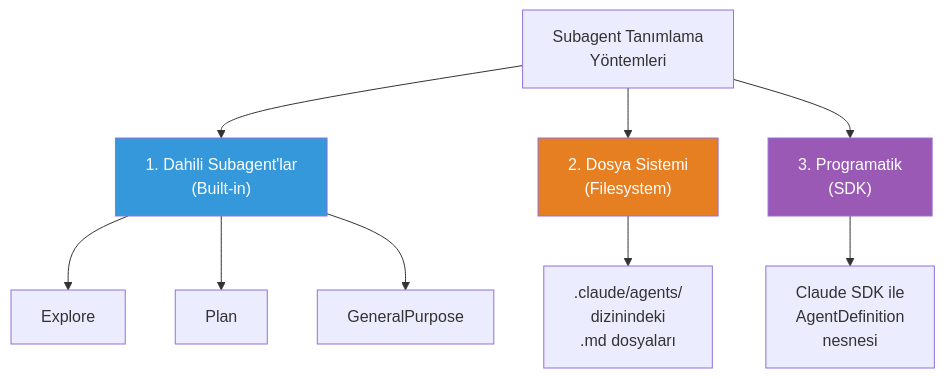
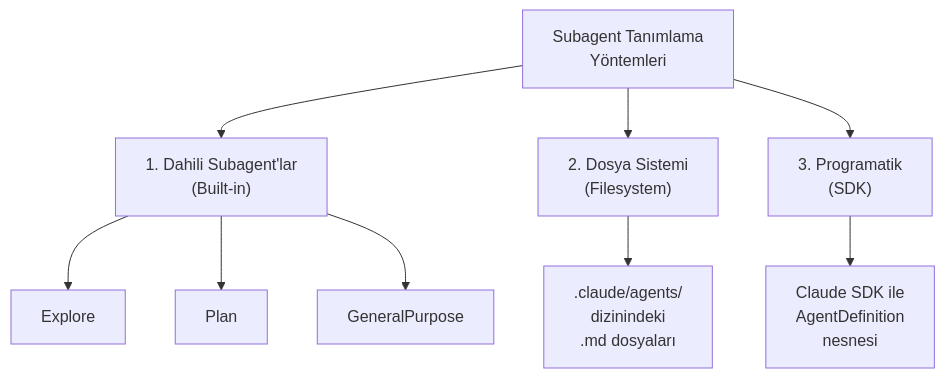
One commit to IzzetYasinAtes/ClaudeCodeHandbook changed the fifth of 8 diagrams in 13-subagentlar-ve-agent-takimlari/01-subagent-nedir.md. Above: the diagram before and after it, drawn with Mermaid. The commit also changed other lines of this file and 97 other files, not shown here.

Commit message:
Remove all custom Mermaid style/fill colors from 98 markdown files for consistent dark theme rendering

````diff
--- a/13-subagentlar-ve-agent-takimlari/01-subagent-nedir.md
+++ b/13-subagentlar-ve-agent-takimlari/01-subagent-nedir.md
@@ -139,18 +129,15 @@
 ```mermaid
 flowchart TD
     ROOT["Subagent Tanımlama<br/>Yöntemleri"] --> BUILTIN["1. Dahili Subagent'lar<br/>(Built-in)"]
     ROOT --> FILESYSTEM["2. Dosya Sistemi<br/>(Filesystem)"]
     ROOT --> PROGRAMMATIC["3. Programatik<br/>(SDK)"]
 
     BUILTIN --> B1["Explore"]
     BUILTIN --> B2["Plan"]
     BUILTIN --> B3["GeneralPurpose"]
 
     FILESYSTEM --> FS1[".claude/agents/<br/>dizinindeki<br/>.md dosyaları"]
 
     PROGRAMMATIC --> PR1["Claude SDK ile<br/>AgentDefinition<br/>nesnesi"]
 
-    style BUILTIN fill:#3498DB,color:#fff
-    style FILESYSTEM fill:#E67E22,color:#fff
-    style PROGRAMMATIC fill:#9B59B6,color:#fff
 ```
````
